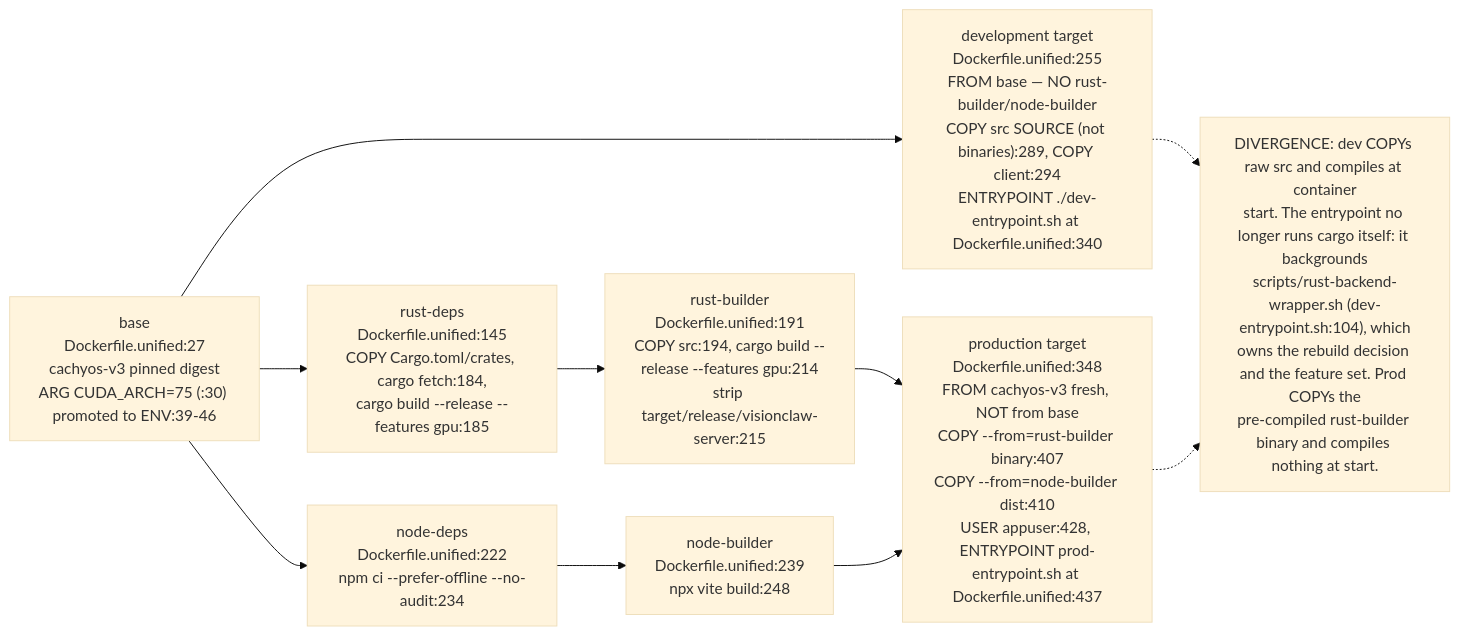
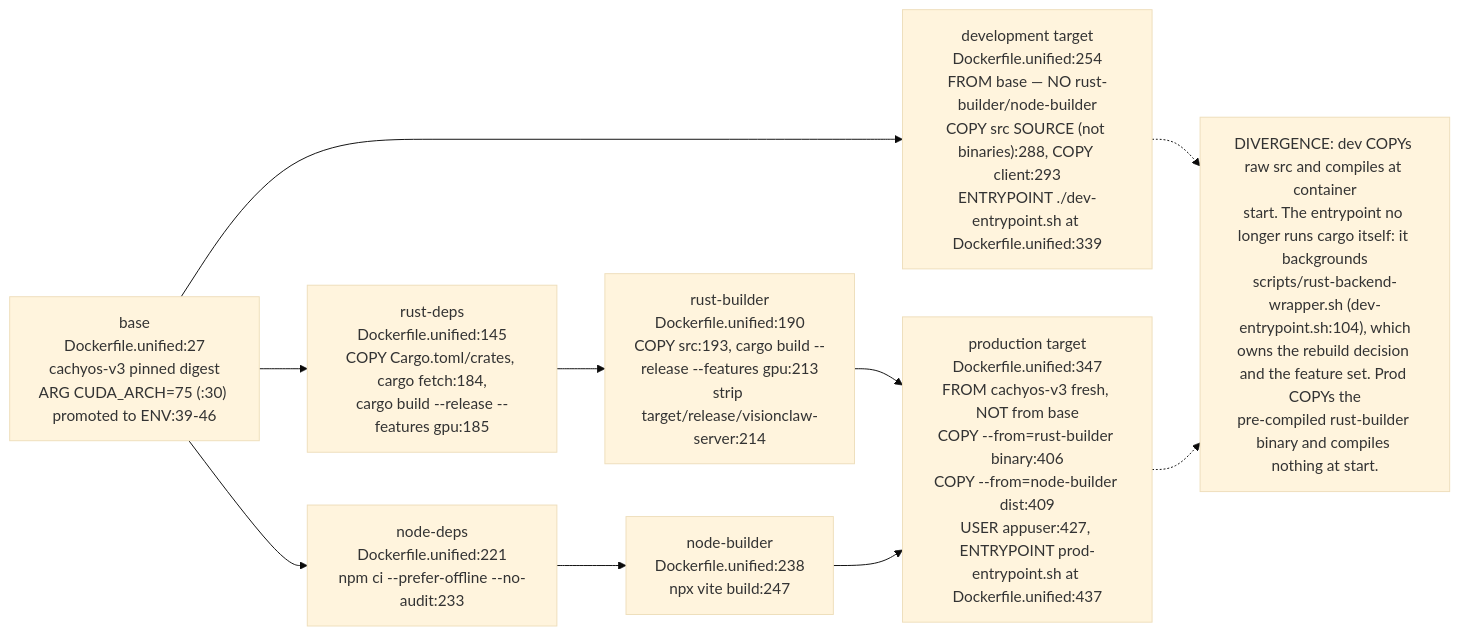
Before and after one commit to DreamLab-AI/VisionFlow: the third of 23 diagrams in docs/diagrams/estate/09-build-deploy-and-ci-estate.md, drawn with Mermaid (base theme). The commit also changed other lines of this file and 136 other files, not shown here.

First line of the commit message:
docs(diagrams): refresh the whole corpus to code HEAD and prune low-value diagrams

````diff
--- a/docs/diagrams/estate/09-build-deploy-and-ci-estate.md
+++ b/docs/diagrams/estate/09-build-deploy-and-ci-estate.md
@@ -148,20 +143,20 @@
 ```mermaid
 flowchart LR
     BASE["base<br/>Dockerfile.unified:27<br/>cachyos-v3 pinned digest<br/>ARG CUDA_ARCH=75 (:30) promoted to ENV:39-46"]
     RUSTDEPS["rust-deps<br/>Dockerfile.unified:145<br/>COPY Cargo.toml/crates, cargo fetch:184,<br/>cargo build --release --features gpu:185"]
-    RUSTBUILD["rust-builder<br/>Dockerfile.unified:191<br/>COPY src:194, cargo build --release --features gpu:214<br/>strip target/release/visionclaw-server:215"]
-    NODEDEPS["node-deps<br/>Dockerfile.unified:222<br/>npm ci --prefer-offline --no-audit:234"]
-    NODEBUILD["node-builder<br/>Dockerfile.unified:239<br/>npx vite build:248"]
-    DEV["development target<br/>Dockerfile.unified:255<br/>FROM base — NO rust-builder/node-builder<br/>COPY src SOURCE (not binaries):289, COPY client:294<br/>ENTRYPOINT ./dev-entrypoint.sh at Dockerfile.unified:340"]
-    PROD["production target<br/>Dockerfile.unified:348<br/>FROM cachyos-v3 fresh, NOT from base<br/>COPY --from=rust-builder binary:407<br/>COPY --from=node-builder dist:410<br/>USER appuser:428, ENTRYPOINT prod-entrypoint.sh at Dockerfile.unified:437"]
+    RUSTBUILD["rust-builder<br/>Dockerfile.unified:190<br/>COPY src:193, cargo build --release --features gpu:213<br/>strip target/release/visionclaw-server:214"]
+    NODEDEPS["node-deps<br/>Dockerfile.unified:221<br/>npm ci --prefer-offline --no-audit:233"]
+    NODEBUILD["node-builder<br/>Dockerfile.unified:238<br/>npx vite build:247"]
+    DEV["development target<br/>Dockerfile.unified:254<br/>FROM base — NO rust-builder/node-builder<br/>COPY src SOURCE (not binaries):288, COPY client:293<br/>ENTRYPOINT ./dev-entrypoint.sh at Dockerfile.unified:339"]
+    PROD["production target<br/>Dockerfile.unified:347<br/>FROM cachyos-v3 fresh, NOT from base<br/>COPY --from=rust-builder binary:406<br/>COPY --from=node-builder dist:409<br/>USER appuser:427, ENTRYPOINT prod-entrypoint.sh at Dockerfile.unified:437"]
 
     BASE --> RUSTDEPS --> RUSTBUILD
     BASE --> NODEDEPS --> NODEBUILD
     BASE --> DEV
     RUSTBUILD --> PROD
     NODEBUILD --> PROD
 
     DIVERGE["DIVERGENCE: dev COPYs raw src and compiles at container<br/>start. The entrypoint no longer runs cargo itself: it backgrounds<br/>scripts/rust-backend-wrapper.sh (dev-entrypoint.sh:104), which<br/>owns the rebuild decision and the feature set. Prod COPYs the<br/>pre-compiled rust-builder binary and compiles nothing at start."]
     DEV -.-> DIVERGE
     PROD -.-> DIVERGE
 ```
````
